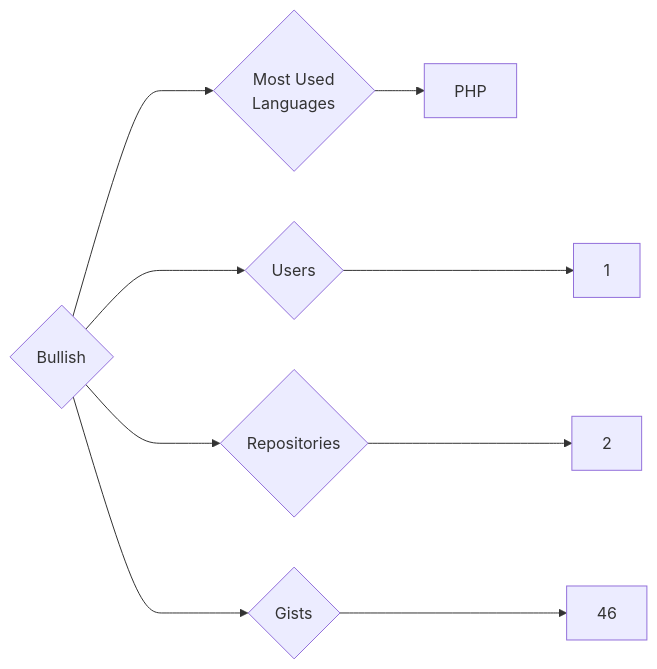
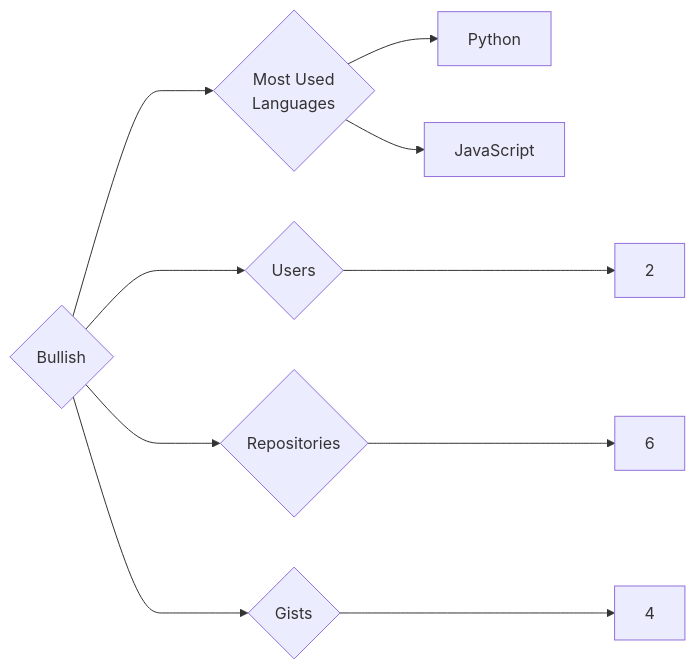
The diagram in targets/Bullish/README.md (trickest/insiders), drawn with Mermaid before and after one commit. The commit also changed 997 other files, not shown here.

````diff
--- a/targets/Bullish/README.md
+++ b/targets/Bullish/README.md
@@ -3,9 +3,10 @@
 ```mermaid
 graph LR
 COMPANY_NAME{Bullish}
-COMPANY_NAME ---> U{Users} ---> UN[1]
-COMPANY_NAME ---> R{Repositories} ---> RN[2]
-COMPANY_NAME ---> G{Gists} ---> GN[46]
+COMPANY_NAME ---> U{Users} ---> UN[2]
+COMPANY_NAME ---> R{Repositories} ---> RN[6]
+COMPANY_NAME ---> G{Gists} ---> GN[4]
 COMPANY_NAME ---> ML{Most Used<br>Languages}
-ML --> PHP[PHP]
+ML --> Python[Python]
+ML --> JavaScript[JavaScript]
 ```
````
